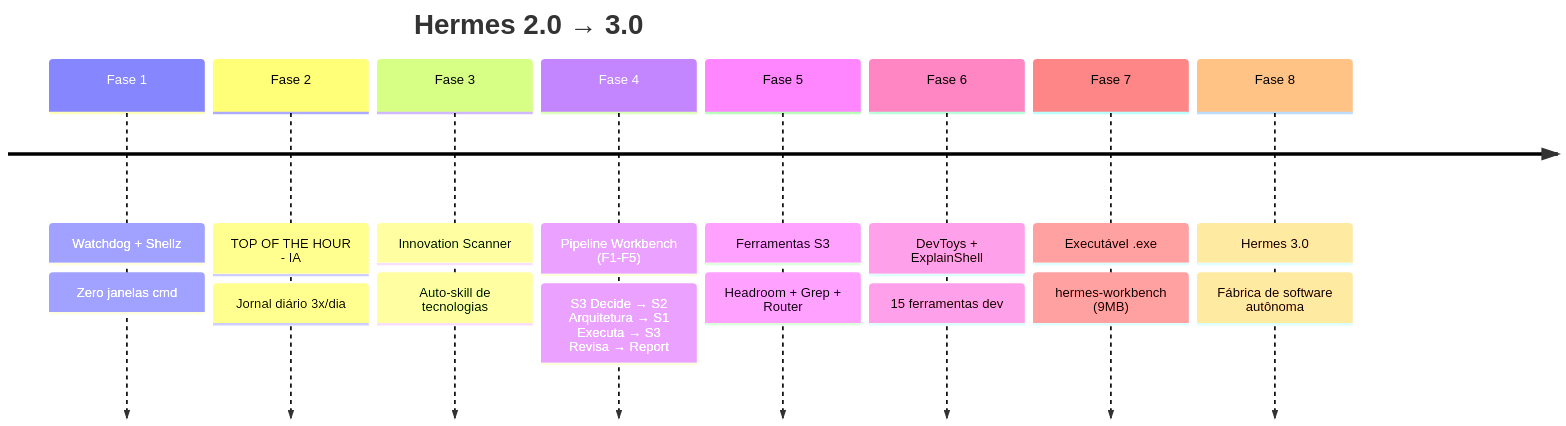
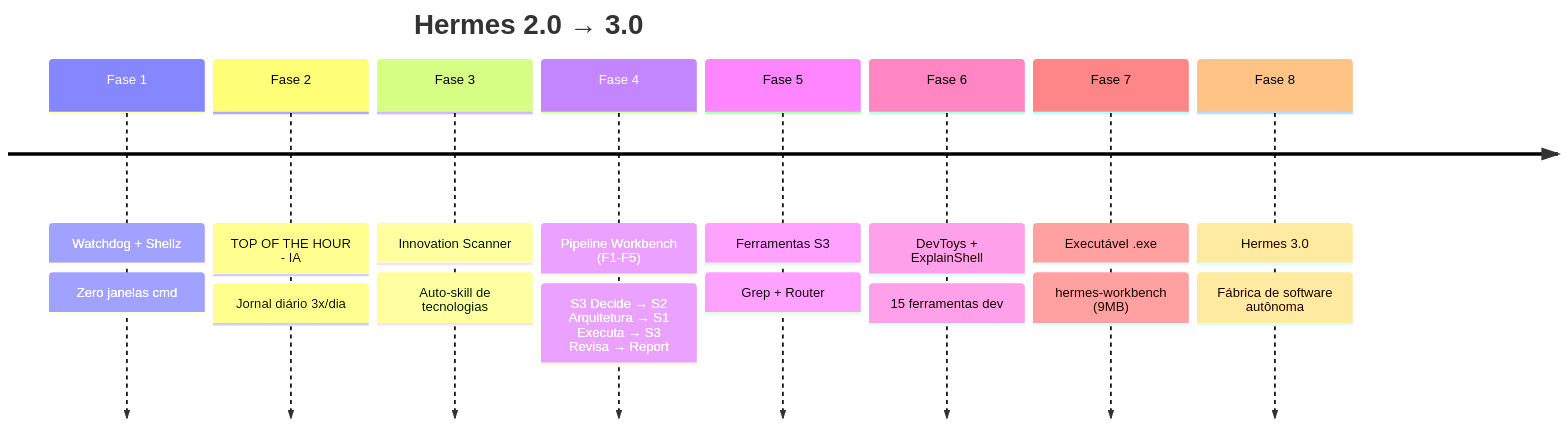
Before and after one commit to guilhermecrepaldi/hermes-2.0: the diagram in docs/HERMES_3_SOFTWARE_FACTORY.md, drawn with Mermaid. The commit also changed other lines of this file and 10 other files, not shown here.

````diff
--- a/docs/HERMES_3_SOFTWARE_FACTORY.md
+++ b/docs/HERMES_3_SOFTWARE_FACTORY.md
@@ -8,20 +8,20 @@
 ```mermaid
 timeline
     title Hermes 2.0 → 3.0
     Fase 1 : Watchdog + Shellz
            : Zero janelas cmd
     Fase 2 : TOP OF THE HOUR - IA
            : Jornal diário 3x/dia
     Fase 3 : Innovation Scanner
            : Auto-skill de tecnologias
     Fase 4 : Pipeline Workbench (F1-F5)
            : S3 Decide → S2 Arquitetura → S1 Executa → S3 Revisa → Report
     Fase 5 : Ferramentas S3
-           : Headroom + Grep + Router
+           : Grep + Router
     Fase 6 : DevToys + ExplainShell
            : 15 ferramentas dev
     Fase 7 : Executável .exe
            : hermes-workbench (9MB)
     Fase 8 : Hermes 3.0
            : Fábrica de software autônoma
 ```
````
